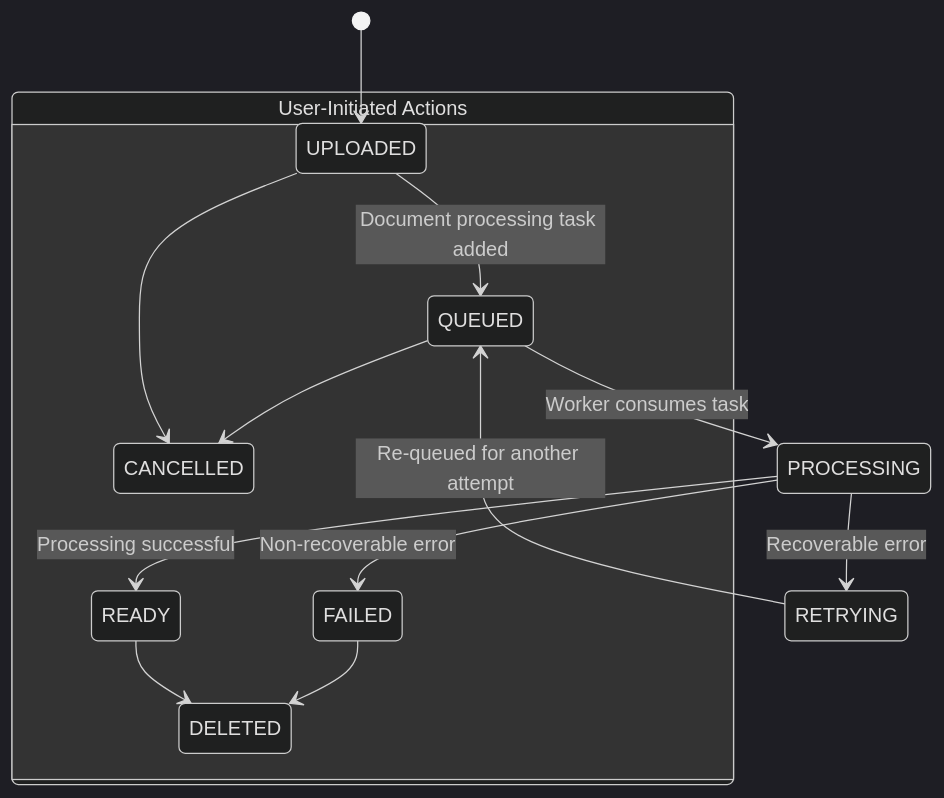
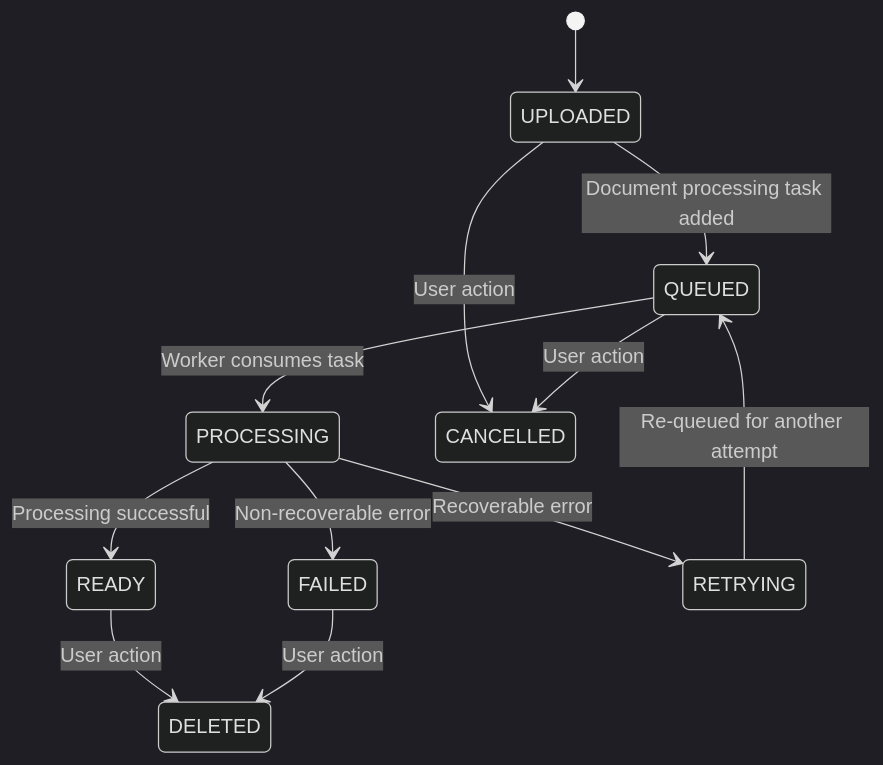
One commit to Tanny1810/DocQuery changed the second of 2 diagrams in README.md. Above: the diagram before and after it, drawn with Mermaid (dark theme).

Commit message:
docs: Refine README.md by consolidating user-initiated action states for clarity and removing unnecessary state grouping

````diff
--- a/README.md
+++ b/README.md
@@ -205,17 +205,15 @@
 ```mermaid
 stateDiagram-v2
     [*] --> UPLOADED
     UPLOADED --> QUEUED: Document processing task added
     QUEUED --> PROCESSING: Worker consumes task
     PROCESSING --> READY: Processing successful
     PROCESSING --> FAILED: Non-recoverable error
     PROCESSING --> RETRYING: Recoverable error
     RETRYING --> QUEUED: Re-queued for another attempt
 
-    state "User-Initiated Actions" as UIA {
-        UPLOADED --> CANCELLED
-        QUEUED --> CANCELLED
-        READY --> DELETED
-        FAILED --> DELETED
-    }
+    UPLOADED --> CANCELLED: User action
+    QUEUED --> CANCELLED: User action
+    READY --> DELETED: User action
+    FAILED --> DELETED: User action
 ```
````
